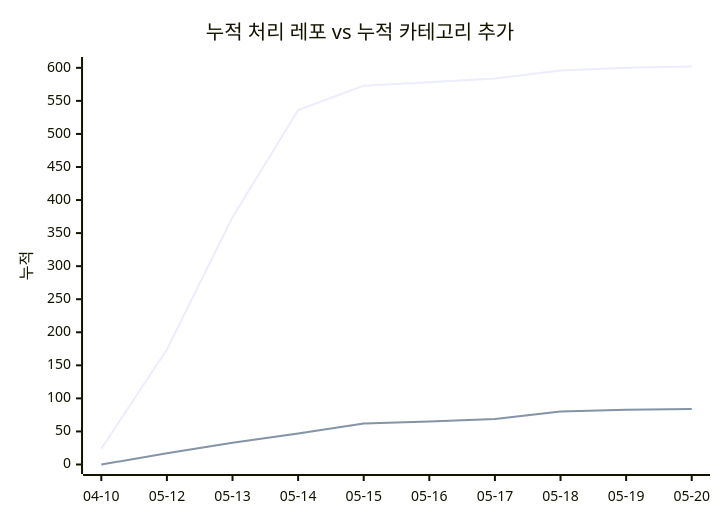
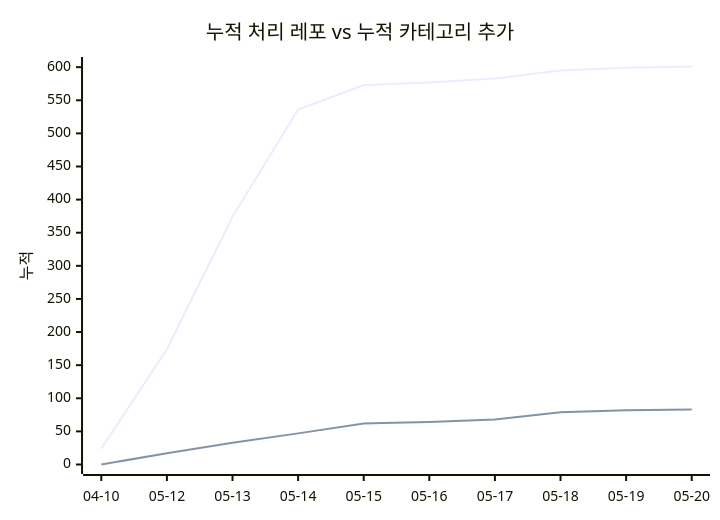
The second of 2 diagrams in docs/trends.md (J-nowcow/awesome-korean-agent-skills), drawn with Mermaid before and after one commit. The commit also changed other lines of this file and 28 other files, not shown here.

````diff
--- a/docs/trends.md
+++ b/docs/trends.md
@@ -64,8 +64,8 @@
 ```mermaid
 xychart-beta
     title "누적 처리 레포 vs 누적 카테고리 추가"
     x-axis ["04-10","05-12","05-13","05-14","05-15","05-16","05-17","05-18","05-19","05-20"]
     y-axis "누적"
-    line [24,174,374,536,573,578,584,596,600,602]
-    line [0,17,33,47,62,65,69,80,83,84]
+    line [24,174,374,536,573,577,583,595,599,601]
+    line [0,17,33,47,62,64,68,79,82,83]
 ```
````
